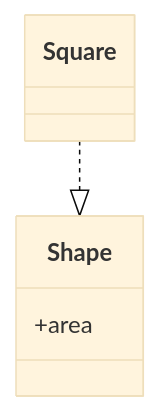
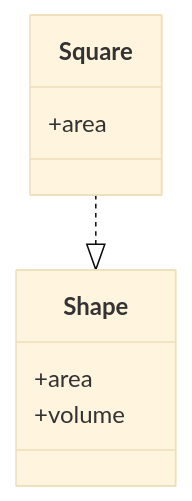
One commit to binarydevelop/Obsidian-study-vault changed the first of 2 diagrams in System Design/Low Level Design/SOLID Principles/SOLID_005 ISP.md. Above: the diagram before and after it, drawn with Mermaid (base theme).

Commit message:
vault backup: 2025-12-29 16:15:47
Affected files:
System Design/Low Level Design/SOLID Principles/SOLID_005 ISP.md

````diff
--- a/System Design/Low Level Design/SOLID Principles/SOLID_005 ISP.md
+++ b/System Design/Low Level Design/SOLID Principles/SOLID_005 ISP.md
@@ -12,9 +12,13 @@
 ```mermaid
 classDiagram
     class Shape {
 		+area
+		+volume
     }
 
-    class Square
+    class Square {
+	    +area
+
+    }
     Square ..|> Shape
 ```
````
